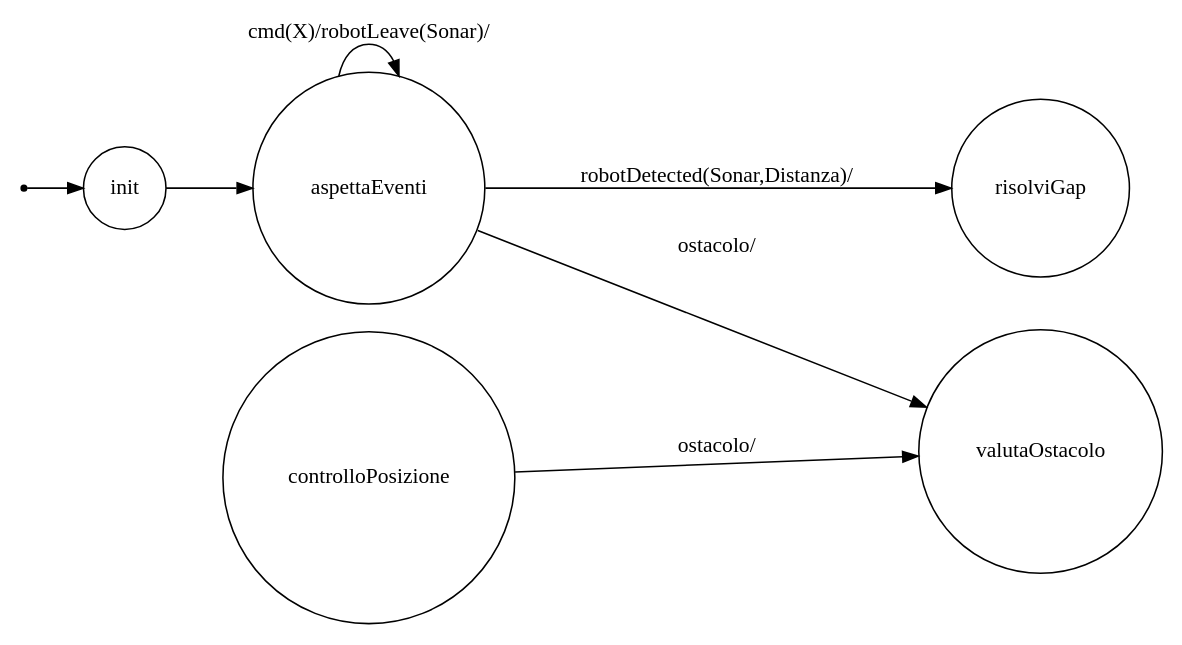
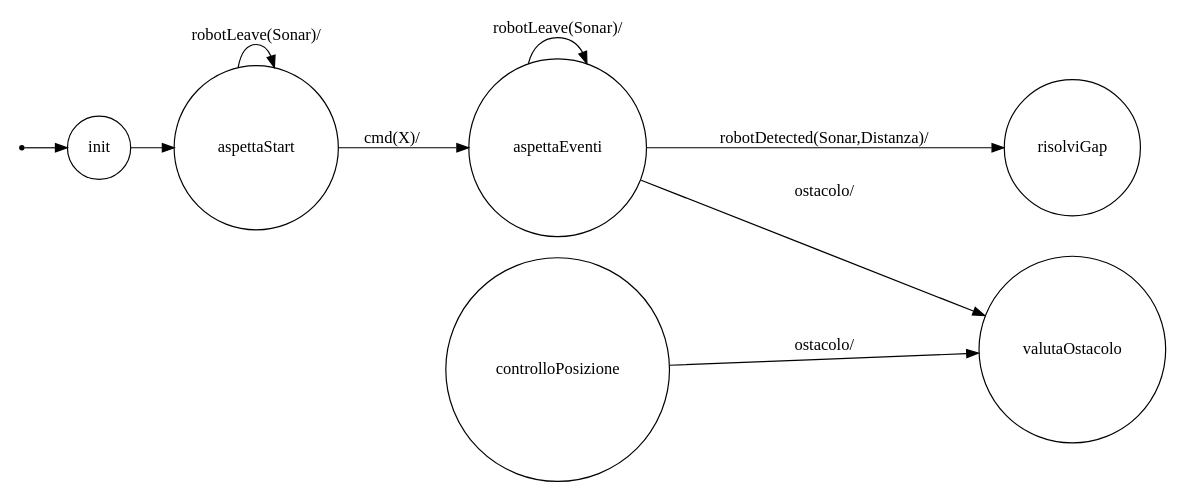
Before and after one commit to sabbio93/QRobotEvitaMuri: the diagram in Model4/srcMore/it/unibo/robotmind/dotFsm.gv, drawn with Graphviz. The commit also changed 157 other files, not shown here.

```diff
--- a/Model4/srcMore/it/unibo/robotmind/dotFsm.gv
+++ b/Model4/srcMore/it/unibo/robotmind/dotFsm.gv
@@ -1,26 +1,29 @@
 /*
 *
 * A GraphViz DOT FSM description 
 * Please use a GraphViz visualizer (like http://www.webgraphviz.com)
 * 
 * Generated by AM,NC,RM
 *  
 */
  
 digraph finite_state_machine {
   	rankdir=LR;
   	size="8,5"
   	node [shape = point]; iniziale;
   	node [shape = doublecircle]; 
   	node [shape = circle];
   	iniziale -> init [label = ""];
   	
   	
-  	init -> aspettaEventi [ label = ""];
+  	init -> aspettaStart [ label = ""];
   	
-  	aspettaEventi -> aspettaEventi [ label = "cmd(X)/robotLeave(Sonar)/"];
+  	aspettaStart -> aspettaStart [ label = "robotLeave(Sonar)/"];
+  	aspettaStart -> aspettaEventi [ label = "cmd(X)/"];
+  	
+  	aspettaEventi -> aspettaEventi [ label = "robotLeave(Sonar)/"];
   	aspettaEventi -> risolviGap [ label = "robotDetected(Sonar,Distanza)/"];
   	aspettaEventi -> valutaOstacolo [ label = "ostacolo/"];
   	
   	controlloPosizione -> valutaOstacolo [ label = "ostacolo/"];
 }
```
